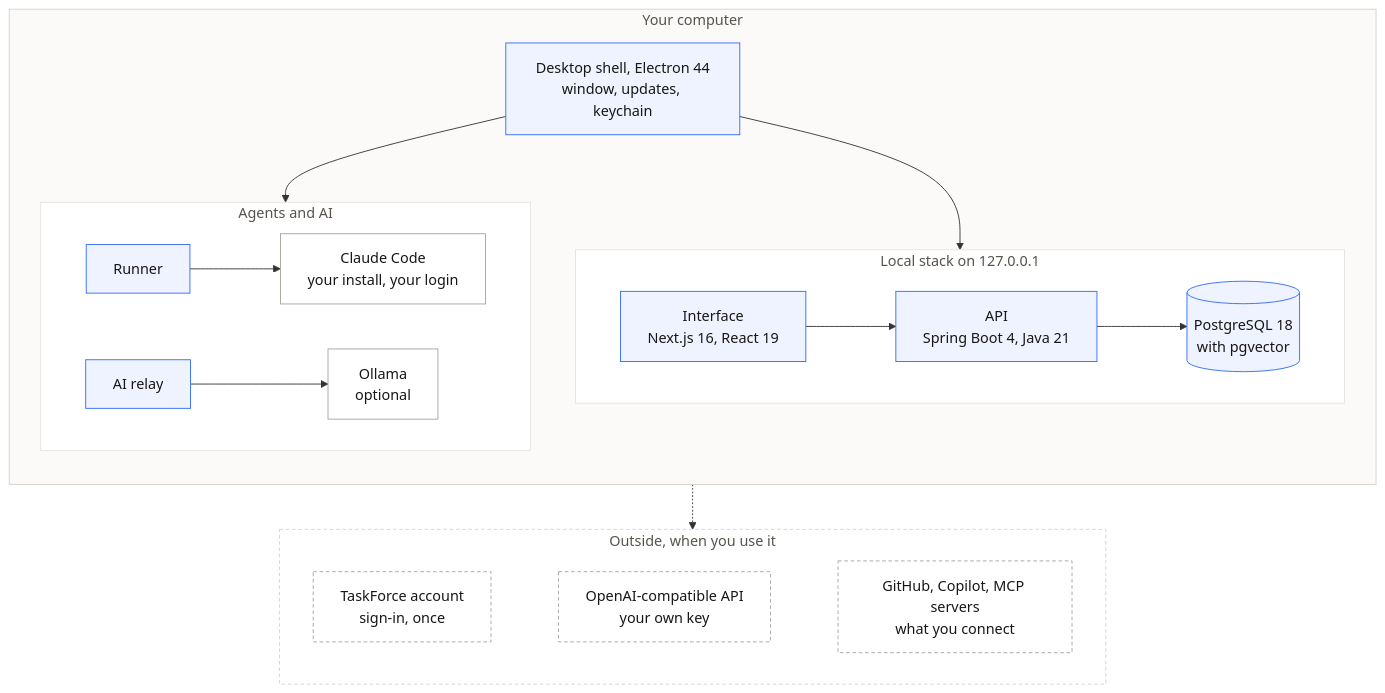
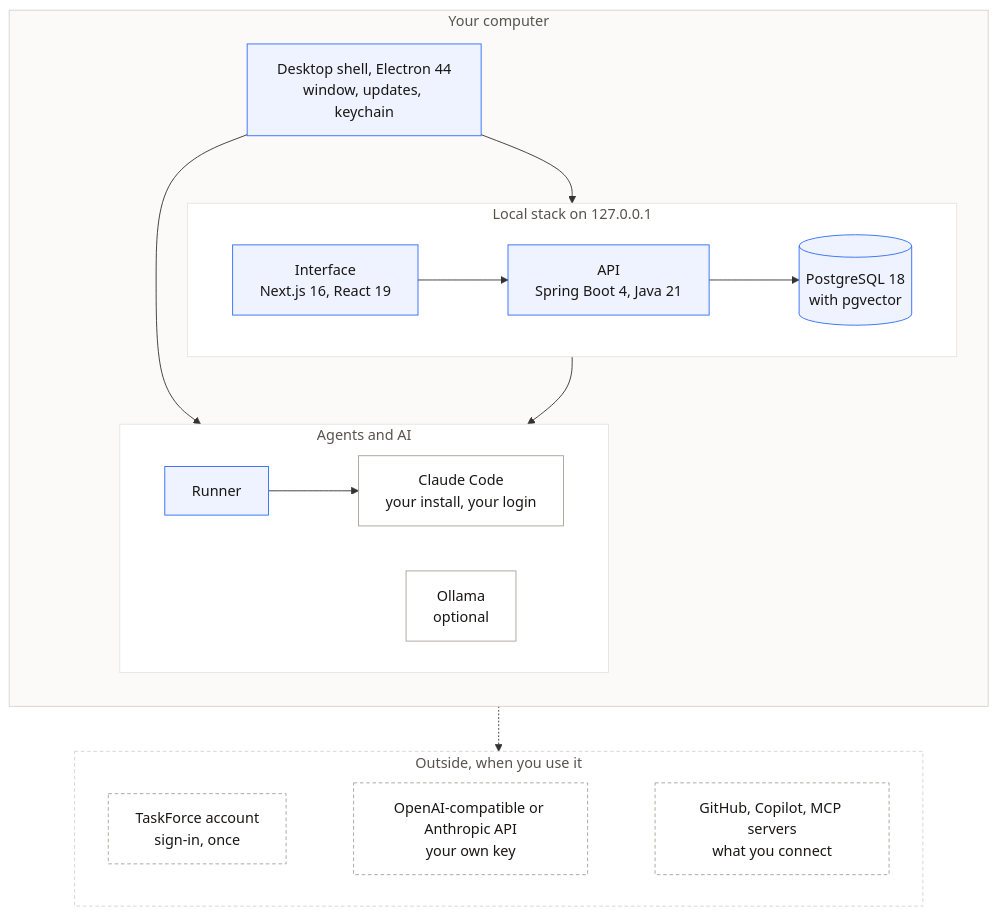
The diagram in README.md (taskforce-project/taskforce-fullstack), drawn with Mermaid before and after one commit. The commit also changed other lines of this file and 139 other files, not shown here.

````diff
--- a/README.md
+++ b/README.md
@@ -174,39 +175,40 @@
 ```mermaid
 flowchart TB
     subgraph PC["Your computer"]
         direction TB
         SHELL["Desktop shell, Electron 44<br/>window, updates, keychain"]
         subgraph STACK["Local stack on 127.0.0.1"]
             direction LR
             UI["Interface<br/>Next.js 16, React 19"] --> API["API<br/>Spring Boot 4, Java 21"] --> DB[("PostgreSQL 18<br/>with pgvector")]
         end
         subgraph WORK["Agents and AI"]
             direction LR
             RUN["Runner"] --> CC["Claude Code<br/>your install, your login"]
-            AIR["AI relay"] --> OLL["Ollama<br/>optional"]
+            OLL["Ollama<br/>optional"]
         end
         SHELL --> STACK
         SHELL --> WORK
+        API --> OLL
     end
 
     subgraph OUT["Outside, when you use it"]
         direction LR
         ACC["TaskForce account<br/>sign-in, once"]
-        LLM["OpenAI-compatible API<br/>your own key"]
+        LLM["OpenAI-compatible or Anthropic API<br/>your own key"]
         EXT["GitHub, Copilot, MCP servers<br/>what you connect"]
         ACC ~~~ LLM ~~~ EXT
     end
 
     PC -.-> OUT
 
     classDef tf fill:#eef3ff,stroke:#2f6bf6,color:#191715
     classDef plain fill:#ffffff,stroke:#a8a29b,color:#191715
     classDef ext fill:#ffffff,stroke:#a8a29b,color:#191715,stroke-dasharray:4 3
-    class SHELL,UI,API,DB,RUN,AIR tf
+    class SHELL,UI,API,DB,RUN tf
     class CC,OLL plain
     class ACC,LLM,EXT ext
     style PC fill:#fbfaf9,stroke:#d6d3ce,color:#57534d
     style STACK fill:#ffffff,stroke:#e6e4e0,color:#57534d
     style WORK fill:#ffffff,stroke:#e6e4e0,color:#57534d
     style OUT fill:#ffffff,stroke:#d6d3ce,color:#57534d,stroke-dasharray:4 3
 ```
````
